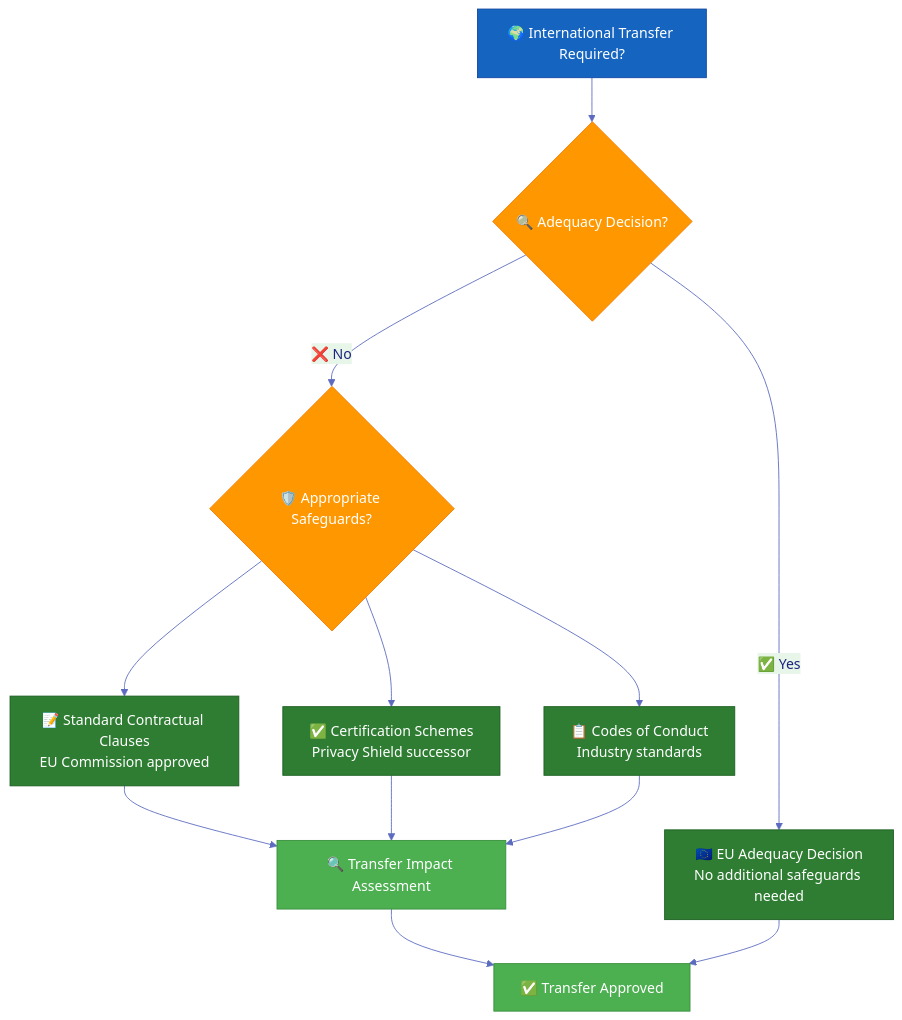
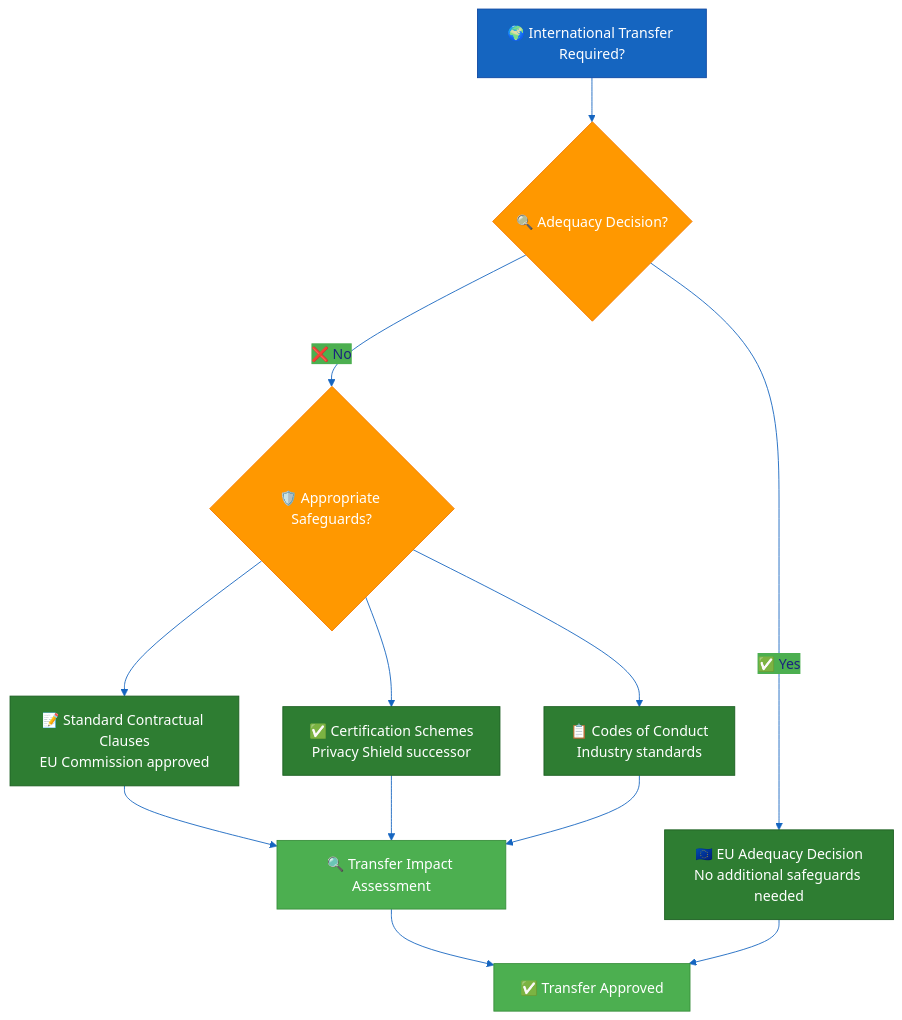
The third of 6 diagrams in Privacy_Policy.md (Hack23/ISMS-PUBLIC), drawn with Mermaid before and after one commit. The commit also changed other lines of this file and 35 other files, not shown here.

````diff
--- a/Privacy_Policy.md
+++ b/Privacy_Policy.md
@@ -335,41 +335,41 @@
 ```mermaid
 %%{
   init: {
     'theme': 'base',
     'themeVariables': {
-      'primaryColor': '#e8eaf6',
-      'primaryTextColor': '#1a237e',
-      'lineColor': '#5c6bc0',
-      'secondaryColor': '#e8f5e9',
-      'tertiaryColor': '#fff9c4'
+      'primaryColor': '#1565C0',
+      'primaryTextColor': '#1A237E',
+      'lineColor': '#1565C0',
+      'secondaryColor': '#4CAF50',
+      'tertiaryColor': '#FFC107'
     }
   }
 }%%
 flowchart TD
     START[🌍 International Transfer Required?]
     START --> CHECK{🔍 Adequacy Decision?}
     
     CHECK -->|✅ Yes| ADEQUATE[🇪🇺 EU Adequacy Decision<br/>No additional safeguards needed]
     CHECK -->|❌ No| SAFEGUARDS{🛡️ Appropriate Safeguards?}
     
     SAFEGUARDS --> SCC[📝 Standard Contractual Clauses<br/>EU Commission approved]
     SAFEGUARDS --> CERT[✅ Certification Schemes<br/>Privacy Shield successor]
     SAFEGUARDS --> COC[📋 Codes of Conduct<br/>Industry standards]
     
     SCC --> ASSESS[🔍 Transfer Impact Assessment]
     CERT --> ASSESS
     COC --> ASSESS
     
     ASSESS --> APPROVE[✅ Transfer Approved]
     ADEQUATE --> APPROVE
     
     classDef startStyle fill:#1565C0,stroke:#0D47A1,color:#fff
     classDef decisionStyle fill:#FF9800,stroke:#F57C00,color:#fff
     classDef safeStyle fill:#2E7D32,stroke:#1B5E20,color:#fff
     classDef approveStyle fill:#4CAF50,stroke:#388E3C,color:#fff
     
     class START startStyle
     class CHECK,SAFEGUARDS decisionStyle
     class SCC,CERT,COC,ADEQUATE safeStyle
     class ASSESS,APPROVE approveStyle
 ```
````
